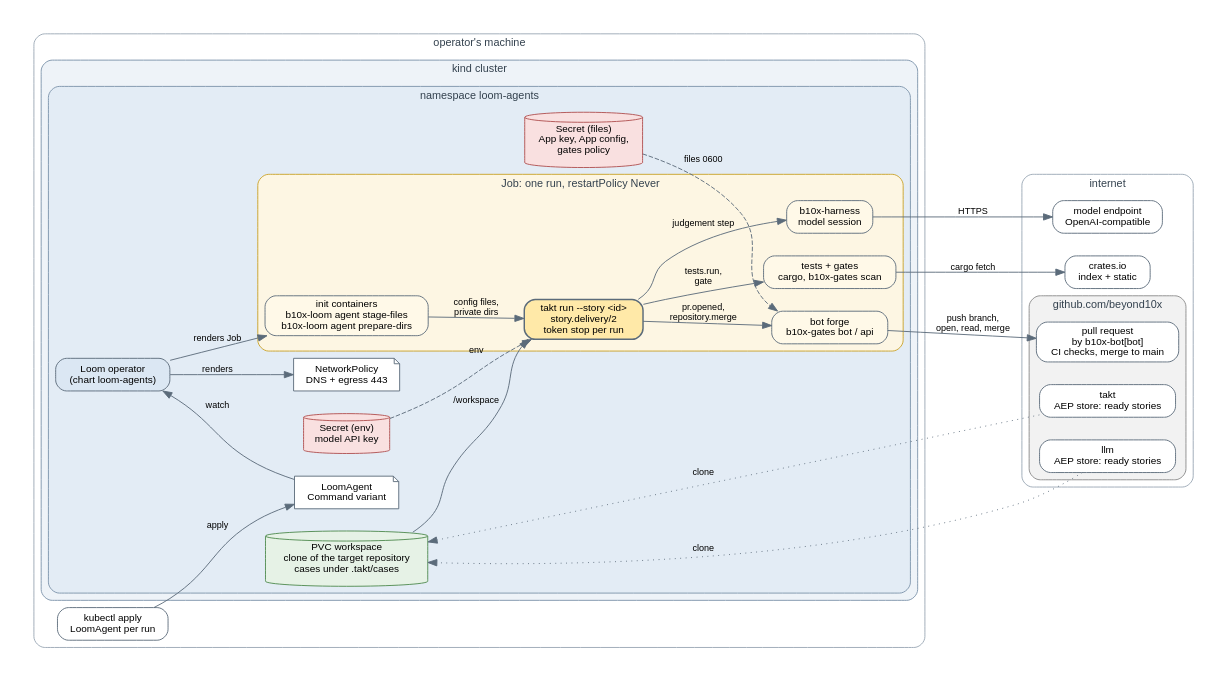
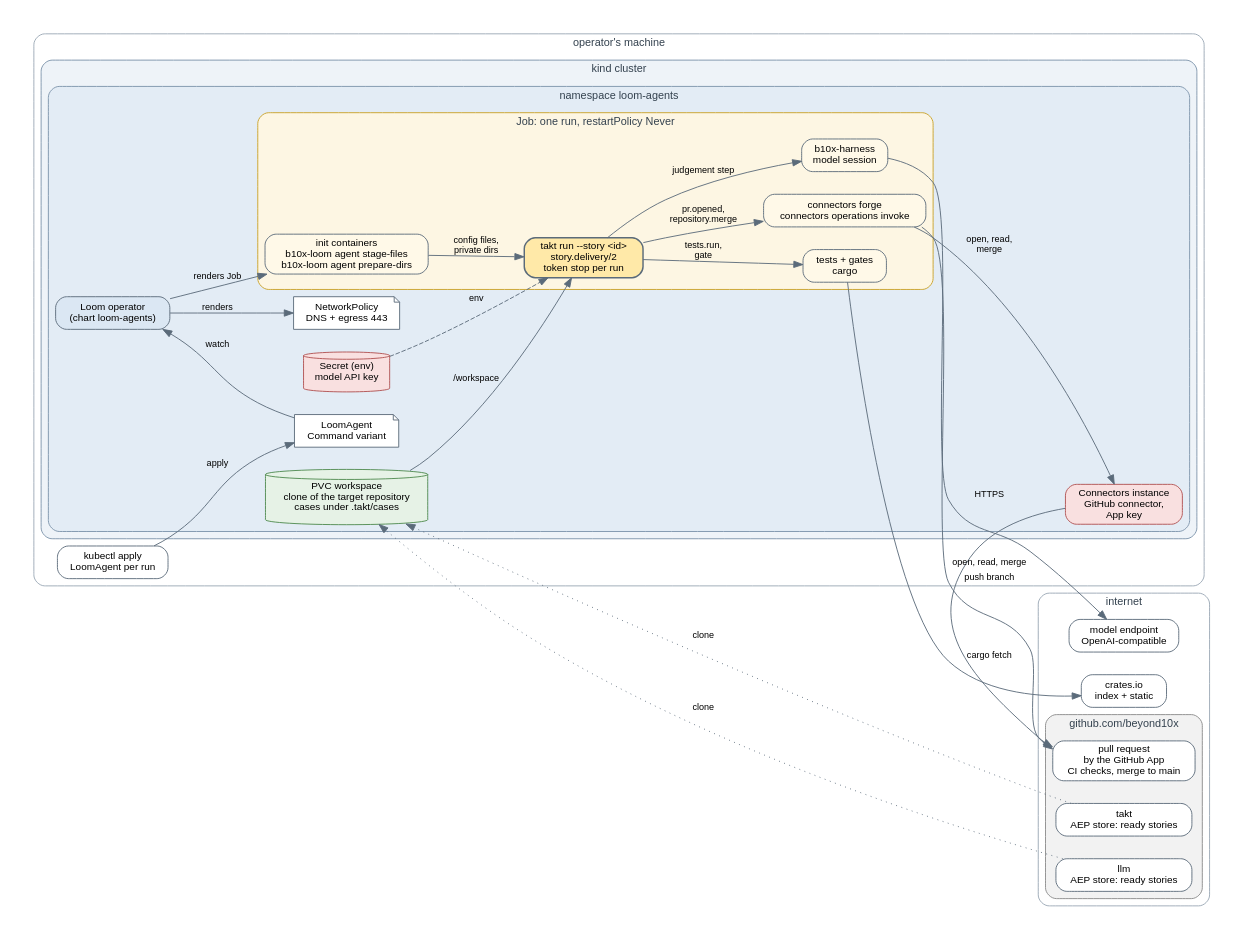
The diagram in examples/cluster-delivery/architecture.dot (beyond10x/takt), drawn with Graphviz before and after one commit. The commit also changed 181 other files, not shown here.

```diff
--- a/examples/cluster-delivery/architecture.dot
+++ b/examples/cluster-delivery/architecture.dot
@@ -1,66 +1,67 @@
 digraph cluster_delivery {
   graph [rankdir=LR, fontname="Helvetica", fontsize=12, nodesep=0.35, ranksep=0.7, bgcolor="white", pad=0.3];
   node  [shape=box, style="rounded,filled", fontname="Helvetica", fontsize=11, fillcolor="#f4f6f8", color="#5b6b7a"];
   edge  [fontname="Helvetica", fontsize=10, color="#5b6b7a"];
 
   subgraph cluster_host {
     label="operator's machine"; style="rounded"; color="#9aa7b4"; fontcolor="#33414e";
 
     kubectl [label="kubectl apply\nLoomAgent per run", fillcolor="#ffffff"];
 
     subgraph cluster_kind {
       label="kind cluster"; style="rounded,filled"; fillcolor="#eef3f8"; color="#7c93ab";
 
       subgraph cluster_ns {
         label="namespace loom-agents"; style="rounded,filled"; fillcolor="#e3ecf5"; color="#7c93ab";
 
         operator [label="Loom operator\n(chart loom-agents)", fillcolor="#dbe7f3"];
         cr [label="LoomAgent\nCommand variant", shape=note, fillcolor="#ffffff"];
         netpol [label="NetworkPolicy\nDNS + egress 443", shape=note, fillcolor="#ffffff"];
 
         subgraph cluster_job {
           label="Job: one run, restartPolicy Never"; style="rounded,filled"; fillcolor="#fdf6e3"; color="#c9a227";
 
           init [label="init containers\nb10x-loom agent stage-files\nb10x-loom agent prepare-dirs", fillcolor="#fff9e8"];
           takt [label="takt run --story <id>\nstory.delivery/2\ntoken stop per run", fillcolor="#ffe9a8", penwidth=1.6];
           harness [label="b10x-harness\nmodel session", fillcolor="#fff9e8"];
-          checks [label="tests + gates\ncargo, b10x-gates scan", fillcolor="#fff9e8"];
-          forge [label="bot forge\nb10x-gates bot / api", fillcolor="#fff9e8"];
+          checks [label="tests + gates\ncargo", fillcolor="#fff9e8"];
+          forge [label="connectors forge\nconnectors operations invoke", fillcolor="#fff9e8"];
         }
 
         envsecret [label="Secret (env)\nmodel API key", shape=cylinder, fillcolor="#f9e0e0", color="#b05050"];
-        filesecret [label="Secret (files)\nApp key, App config,\ngates policy", shape=cylinder, fillcolor="#f9e0e0", color="#b05050"];
+        instance [label="Connectors instance\nGitHub connector,\nApp key", fillcolor="#f9e0e0", color="#b05050"];
         pvc [label="PVC workspace\nclone of the target repository\ncases under .takt/cases", shape=cylinder, fillcolor="#e6f2e6", color="#4f8a4f"];
       }
     }
   }
 
   subgraph cluster_ext {
     label="internet"; style="rounded"; color="#9aa7b4"; fontcolor="#33414e";
     model [label="model endpoint\nOpenAI-compatible", fillcolor="#ffffff"];
     crates [label="crates.io\nindex + static", fillcolor="#ffffff"];
     subgraph cluster_gh {
       label="github.com/beyond10x"; style="rounded,filled"; fillcolor="#f2f2f2"; color="#8a8a8a";
       repoA [label="takt\nAEP store: ready stories", fillcolor="#ffffff"];
       repoB [label="llm\nAEP store: ready stories", fillcolor="#ffffff"];
-      pr [label="pull request\nby b10x-bot[bot]\nCI checks, merge to main", fillcolor="#ffffff"];
+      pr [label="pull request\nby the GitHub App\nCI checks, merge to main", fillcolor="#ffffff"];
     }
   }
 
   kubectl -> cr [label="apply"];
   operator -> cr [label="watch", dir=back];
   operator -> init [label="renders Job"];
   operator -> netpol [label="renders"];
   init -> takt [label="config files,\nprivate dirs"];
   envsecret -> takt [label="env", style=dashed];
-  filesecret -> forge [label="files 0600", style=dashed];
+  forge -> instance [label="open, read,\nmerge"];
   pvc -> takt [label="/workspace"];
   takt -> harness [label="judgement step"];
   takt -> checks [label="tests.run,\ngate"];
   takt -> forge [label="pr.opened,\nrepository.merge"];
   harness -> model [label="HTTPS"];
   checks -> crates [label="cargo fetch"];
   repoA -> pvc [label="clone", style=dotted];
   repoB -> pvc [label="clone", style=dotted];
-  forge -> pr [label="push branch,\nopen, read, merge"];
+  forge -> pr [label="push branch"];
+  instance -> pr [label="open, read, merge"];
 }
```
